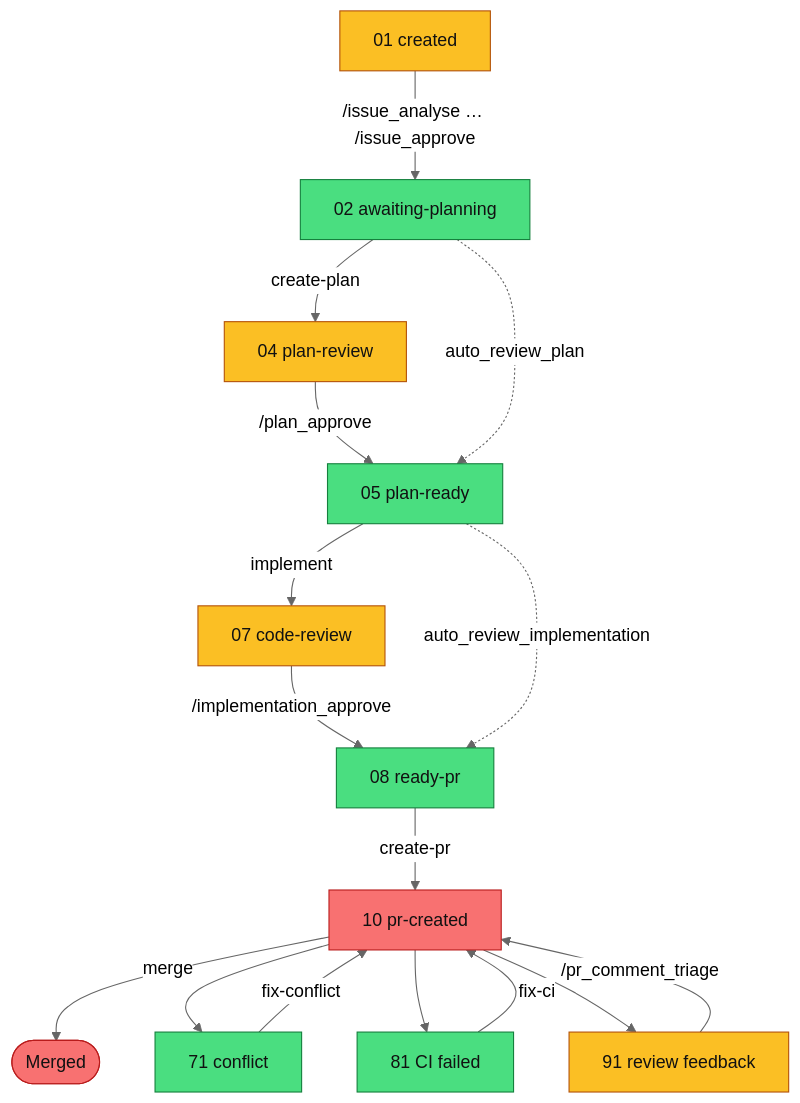
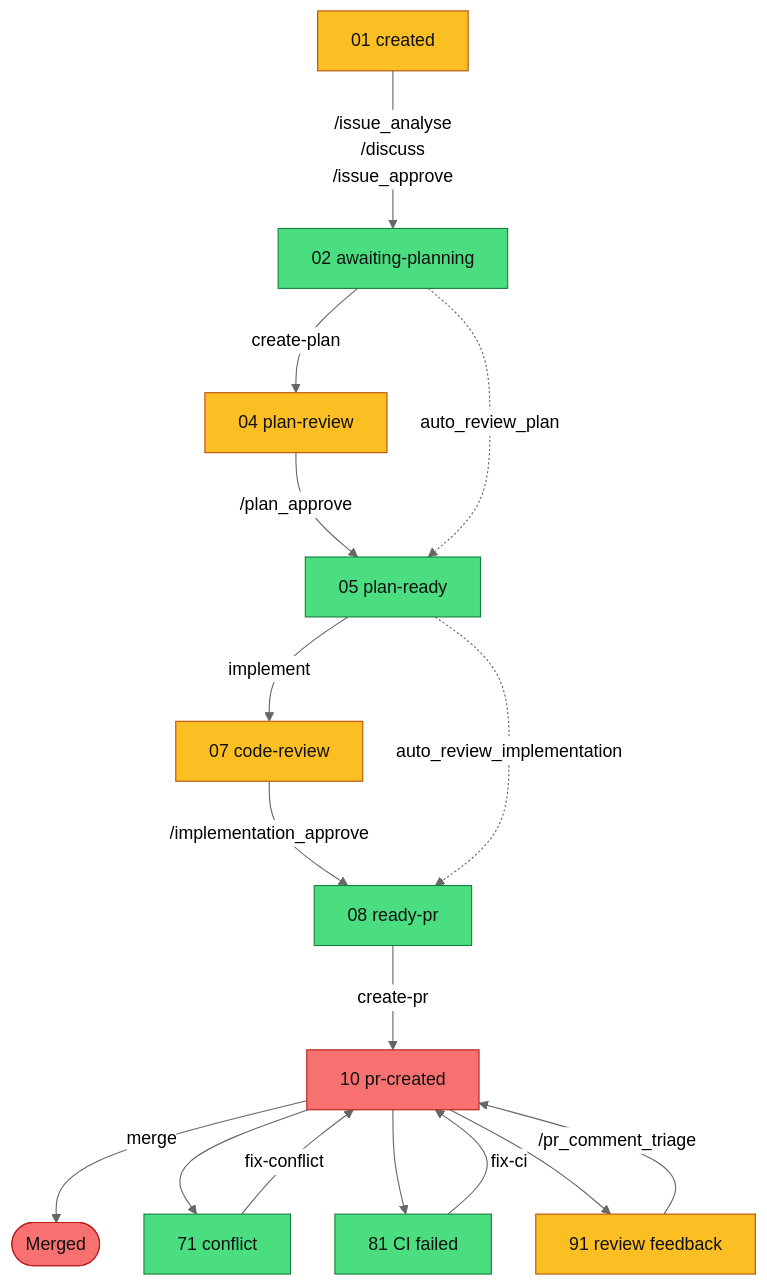
One commit to MarcusJellinghaus/mcp_coder changed the diagram in docs/processes-prompts/development-process.md. Above: the diagram before and after it, drawn with Mermaid (neutral theme).

Commit message:
docs(processes): widen overview diagram spacing

````diff
--- a/docs/processes-prompts/development-process.md
+++ b/docs/processes-prompts/development-process.md
@@ -7,36 +7,37 @@
 ```mermaid
+%%{init: {"flowchart": {"rankSpacing": 70, "nodeSpacing": 40}}}%%
 flowchart TD
     S01["01 created"]
     S02["02 awaiting-planning"]
     S04["04 plan-review"]
     S05["05 plan-ready"]
     S07["07 code-review"]
     S08["08 ready-pr"]
     S10["10 pr-created"]
     S71["71 conflict"]
     S81["81 CI failed"]
     S91["91 review feedback"]
     M(["Merged"])
 
-    S01 -->|"/issue_analyse … /issue_approve"| S02
+    S01 -->|"/issue_analyse<br/>/discuss<br/>/issue_approve"| S02
     S02 -->|create-plan| S04
     S04 -->|/plan_approve| S05
     S05 -->|implement| S07
-    S07 -->|/implementation_approve| S08
+    S07 -->|"/implementation_approve"| S08
     S08 -->|create-pr| S10
     S10 -->|merge| M
 
     S10 --> S71 -->|fix-conflict| S10
     S10 --> S81 -->|fix-ci| S10
-    S10 --> S91 -->|/pr_comment_triage| S10
+    S10 --> S91 -->|"/pr_comment_triage"| S10
 
     S02 -.->|"auto_review_plan"| S05
     S05 -.->|"auto_review_implementation"| S08
 
     classDef human fill:#f87171,stroke:#b91c1c,color:#111
     classDef supervisor fill:#fbbf24,stroke:#b45309,color:#111
     classDef auto fill:#4ade80,stroke:#15803d,color:#111
     class M,S10 human
     class S01,S04,S07,S91 supervisor
     class S02,S05,S08,S71,S81 auto
 ```
````
